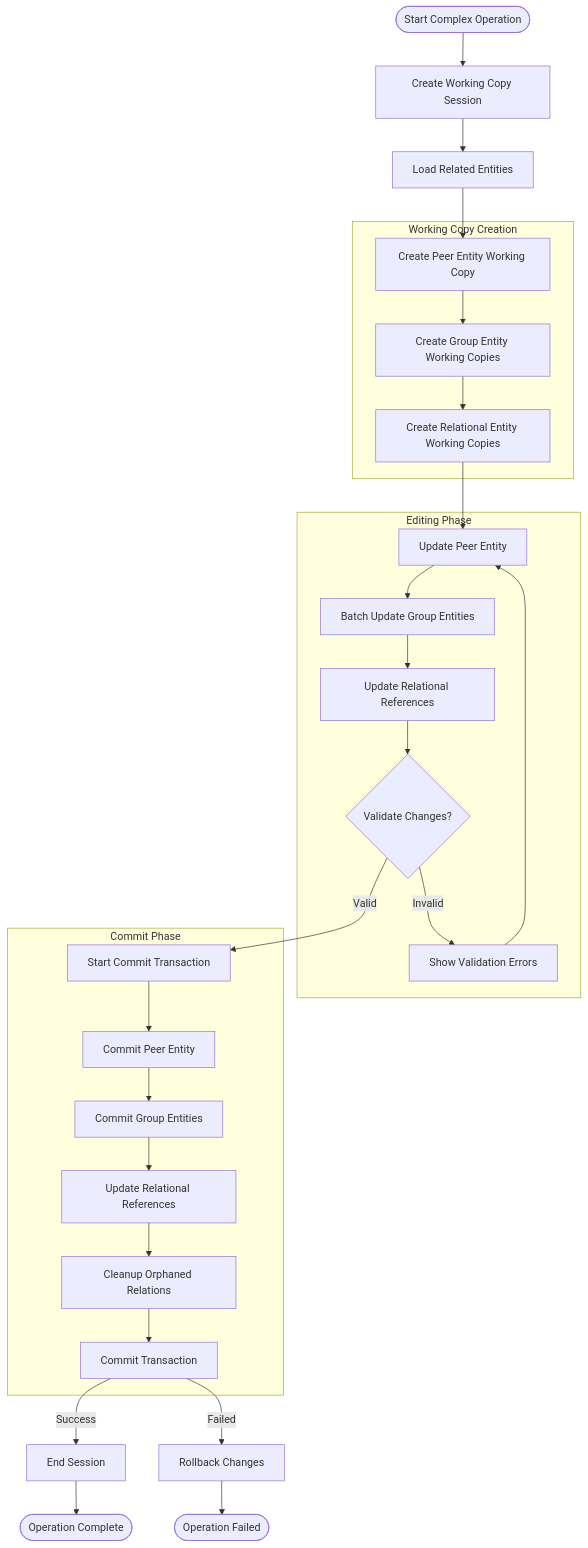
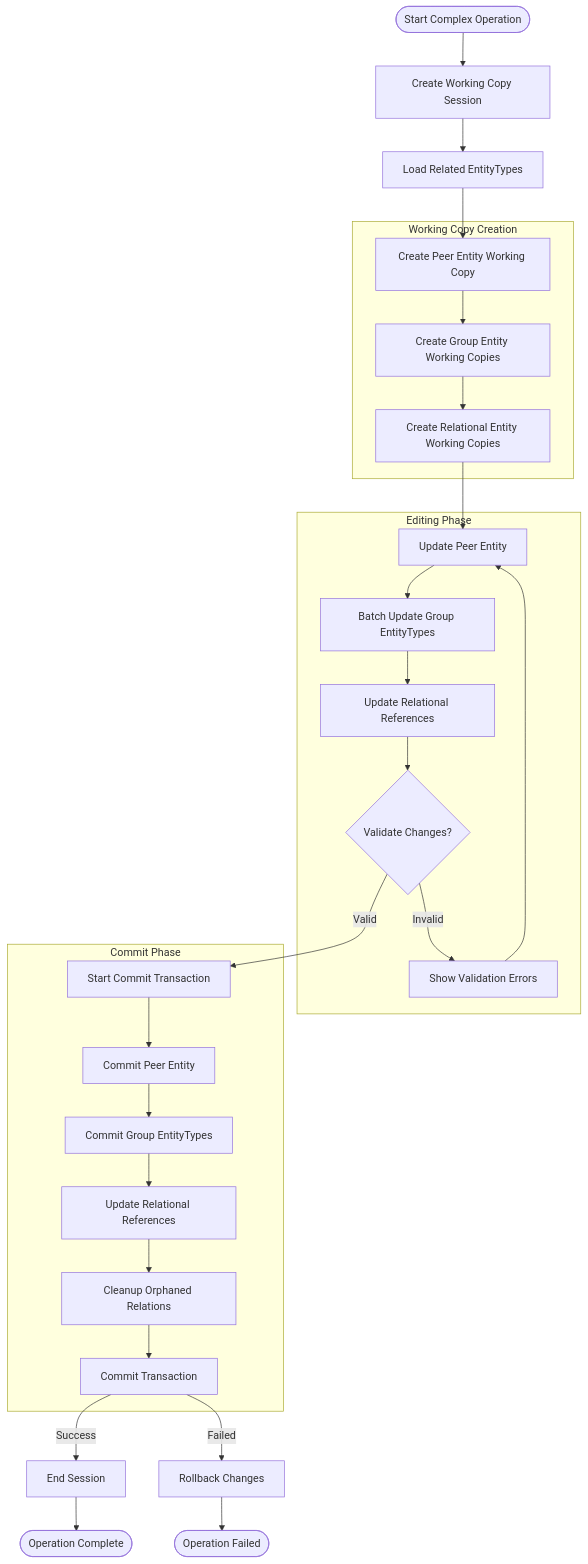
One commit to kubohiroya/hierarchidb changed diagram 14 of 18 in docs/deprecated/REPORT/technical-architecture-specification.md. Above: the diagram before and after it, drawn with Mermaid. The commit also changed other lines of this file and 452 other files, not shown here.

````diff
--- a/docs/deprecated/REPORT/technical-architecture-specification.md
+++ b/docs/deprecated/REPORT/technical-architecture-specification.md
@@ -722,62 +722,62 @@
 ```mermaid
 flowchart TD
     Start([Start Complex Operation])
     
     CreateSession[Create Working Copy Session]
-    LoadEntities[Load Related Entities]
+    LoadEntities[Load Related EntityTypes]
     
     subgraph "Working Copy Creation"
         CreatePeerWC[Create Peer Entity Working Copy]
         CreateGroupWCs[Create Group Entity Working Copies]
         CreateRelWCs[Create Relational Entity Working Copies]
     end
     
     subgraph "Editing Phase"
         UpdatePeer[Update Peer Entity]
-        BatchUpdateGroup[Batch Update Group Entities]
+        BatchUpdateGroup[Batch Update Group EntityTypes]
         UpdateReferences[Update Relational References]
         ValidateChanges{Validate Changes?}
         ShowValidationErrors[Show Validation Errors]
     end
     
     subgraph "Commit Phase"
         StartCommit[Start Commit Transaction]
         CommitPeer[Commit Peer Entity]
-        CommitGroups[Commit Group Entities]
+        CommitGroups[Commit Group EntityTypes]
         UpdateRelReferences[Update Relational References]
         CleanupOrphans[Cleanup Orphaned Relations]
         CommitTransaction[Commit Transaction]
     end
     
     EndSession[End Session]
     Complete([Operation Complete])
     Rollback[Rollback Changes]
     Error([Operation Failed])
     
     Start --> CreateSession
     CreateSession --> LoadEntities
     LoadEntities --> CreatePeerWC
     CreatePeerWC --> CreateGroupWCs
     CreateGroupWCs --> CreateRelWCs
     
     CreateRelWCs --> UpdatePeer
     UpdatePeer --> BatchUpdateGroup
     BatchUpdateGroup --> UpdateReferences
     UpdateReferences --> ValidateChanges
     
     ValidateChanges -->|Invalid| ShowValidationErrors
     ShowValidationErrors --> UpdatePeer
     ValidateChanges -->|Valid| StartCommit
     
     StartCommit --> CommitPeer
     CommitPeer --> CommitGroups
     CommitGroups --> UpdateRelReferences
     UpdateRelReferences --> CleanupOrphans
     CleanupOrphans --> CommitTransaction
     
     CommitTransaction -->|Success| EndSession
     CommitTransaction -->|Failed| Rollback
     
     EndSession --> Complete
     Rollback --> Error
 ```
````
